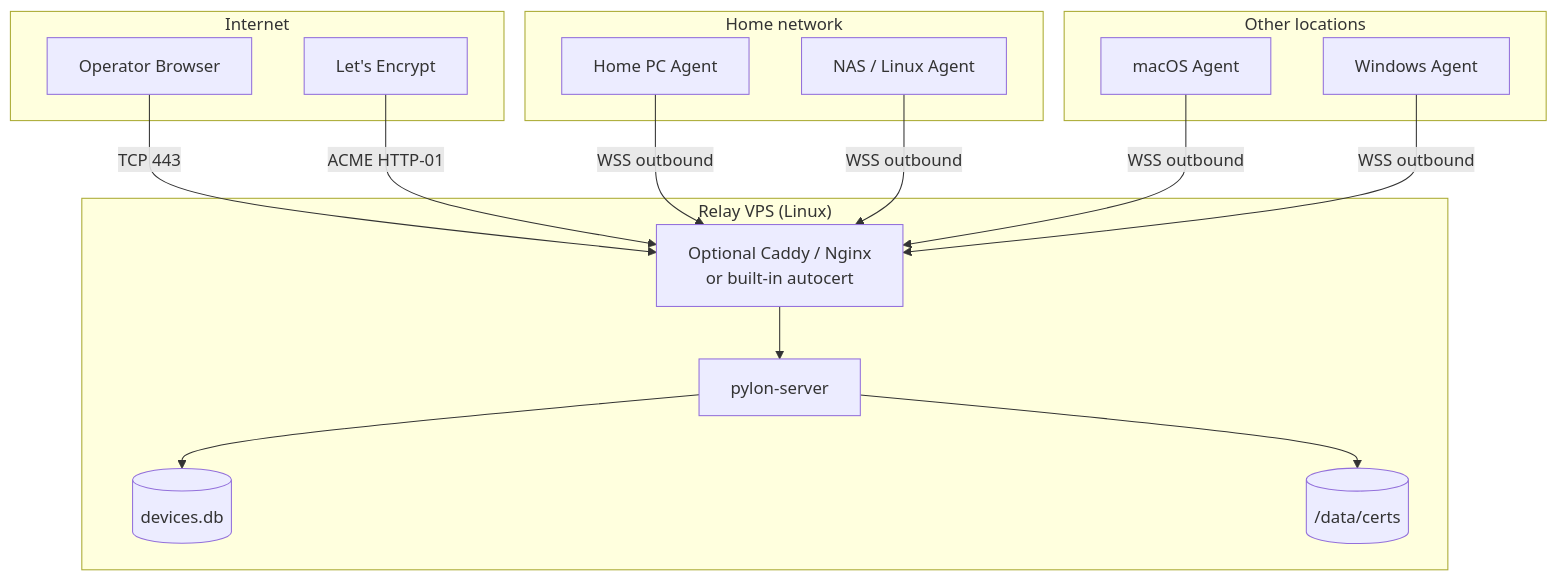
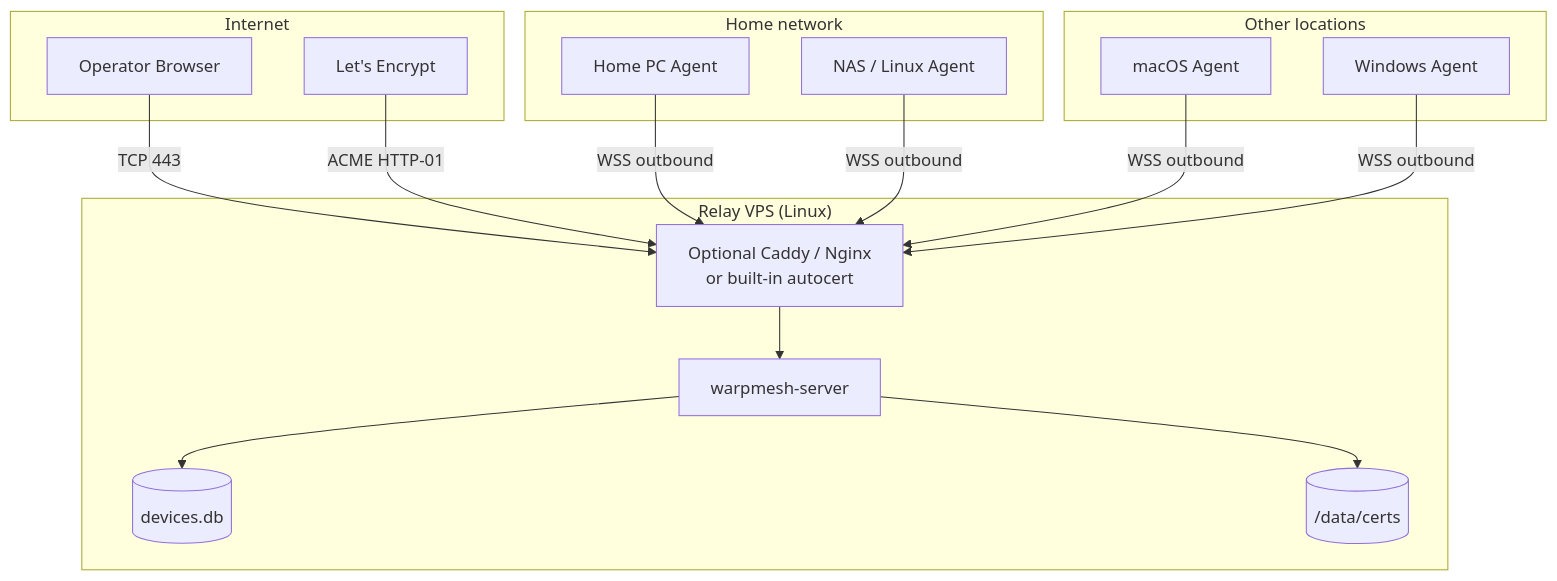
The second of 11 diagrams in docs/architecture.md (pcc-258/warpmesh), drawn with Mermaid before and after one commit. The commit also changed other lines of this file and 24 other files, not shown here.

````diff
--- a/docs/architecture.md
+++ b/docs/architecture.md
@@ -43,31 +43,31 @@
 ```mermaid
 flowchart TB
     subgraph Internet
         User[Operator Browser]
         LE[Let's Encrypt]
     end
     subgraph VPS["Relay VPS (Linux)"]
         Caddy[Optional Caddy / Nginx<br/>or built-in autocert]
-        Server[pylon-server]
+        Server[warpmesh-server]
         SQLite[(devices.db)]
         Certs[(/data/certs)]
     end
     subgraph Home["Home network"]
         PC[Home PC Agent]
         NAS[NAS / Linux Agent]
     end
     subgraph Mobile["Other locations"]
         Laptop[macOS Agent]
         Win[Windows Agent]
     end
 
     User -->|TCP 443| Caddy
     LE -->|ACME HTTP-01| Caddy
     Caddy --> Server
     Server --> SQLite
     Server --> Certs
     PC -->|WSS outbound| Caddy
     NAS -->|WSS outbound| Caddy
     Laptop -->|WSS outbound| Caddy
     Win -->|WSS outbound| Caddy
 ```
````
